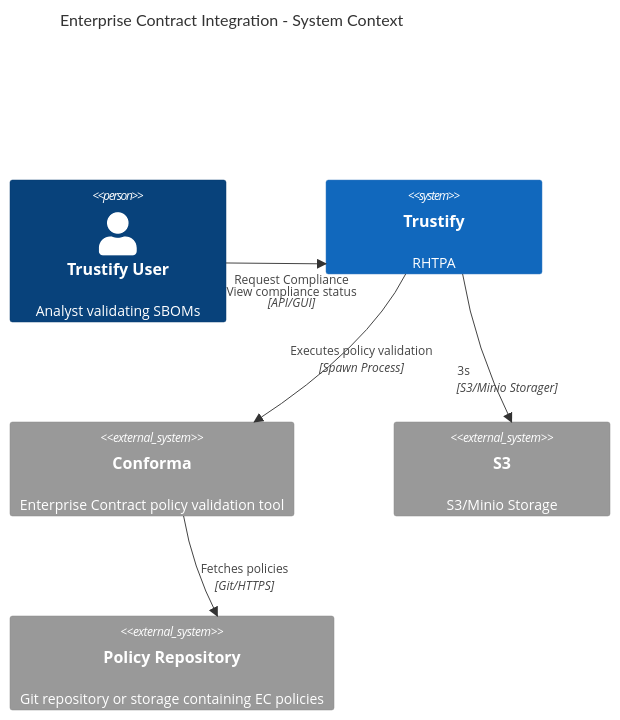
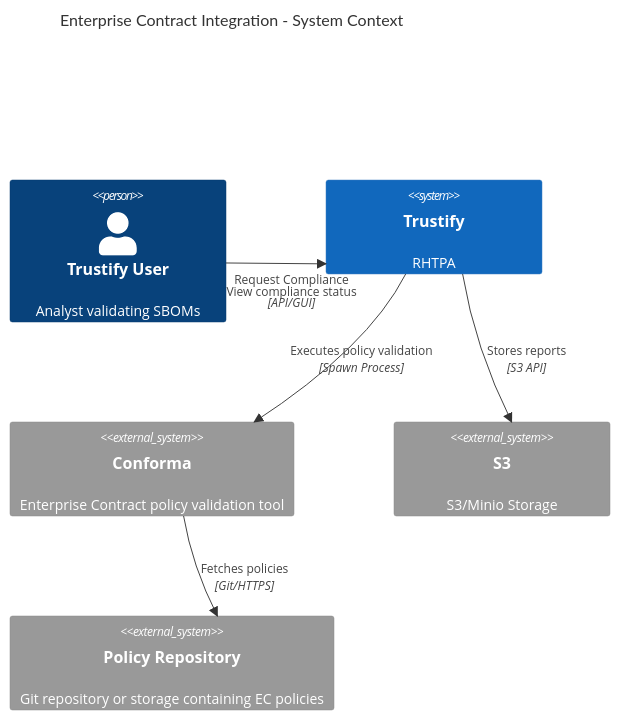
The first of 4 diagrams in docs/adrs/00014-enterprise-contract-integration.md (gildub/trustify), drawn with Mermaid before and after one commit. The commit also changed other lines of this file, not shown here.

````diff
--- a/docs/adrs/00014-enterprise-contract-integration.md
+++ b/docs/adrs/00014-enterprise-contract-integration.md
@@ -67,22 +67,22 @@
 ```mermaid
 C4Context
     title Enterprise Contract Integration - System Context
 
     Person(user, "Trustify User", "Analyst validating SBOMs")
 
     System(trustify, "Trustify", "RHTPA")
 
     System_Ext(conforma, "Conforma", "Enterprise Contract policy validation tool")
     System_Ext(s3, "S3", "S3/Minio Storage")
     System_Ext(policyRepo, "Policy Repository", "Git repository or storage containing EC policies")
 
     Rel(user, trustify, "Request Compliance<br/>View compliance status", "API/GUI")
     Rel(trustify, conforma, "Executes policy validation", "Spawn Process")
     Rel(conforma, policyRepo, "Fetches policies", "Git/HTTPS")
-    Rel(trustify, s3, "3s", S3/Minio Storager, trustify, $offsetX="-30", $offsetY="+20")
+    Rel(trustify, s3, "Stores reports", "S3 API")
 
     UpdateRelStyle(trustify, conforma, $offsetX="-40")
     UpdateRelStyle(user, trustify, $offsetX="-50", $offsetY="20")
 
     UpdateLayoutConfig($c4ShapeInRow="2", $c4BoundaryInRow="1")
 ```
````
